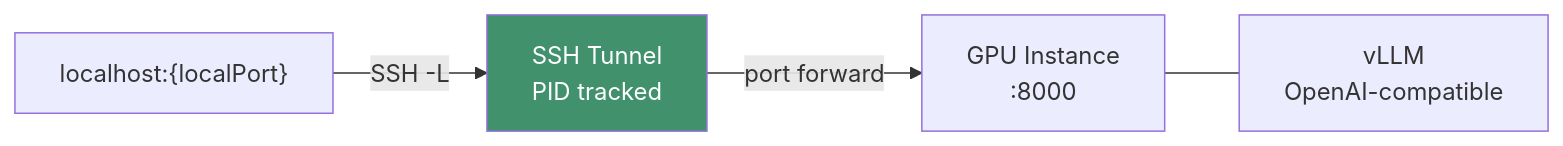
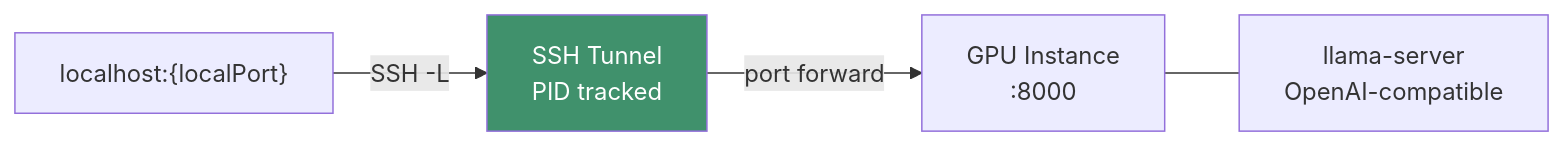
The sixth of 6 diagrams in docs/Solution.md (WWTLF/mycodeagent), drawn with Mermaid before and after one commit. The commit also changed other lines of this file and 22 other files, not shown here.

````diff
--- a/docs/Solution.md
+++ b/docs/Solution.md
@@ -334,7 +451,7 @@
 ```mermaid
 graph LR
     CLIENT["localhost:{localPort}"] -->|SSH -L| TUNNEL["SSH Tunnel<br/>PID tracked"]
     TUNNEL -->|port forward| REMOTE["GPU Instance<br/>:8000"]
-    REMOTE --- SERVER["vLLM<br/>OpenAI-compatible"]
+    REMOTE --- SERVER["llama-server<br/>OpenAI-compatible"]
     style TUNNEL fill:#40916c,color:#fff
 ```
````
